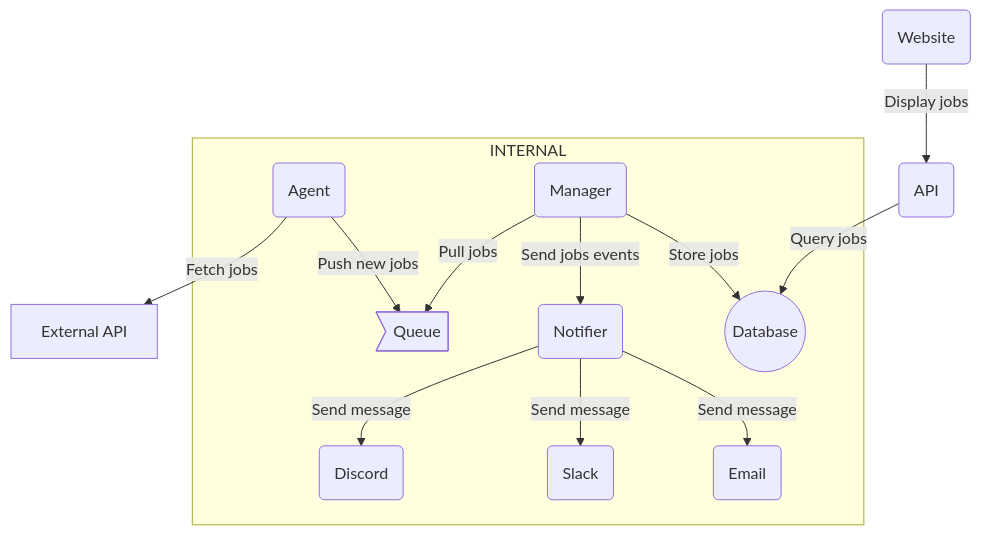
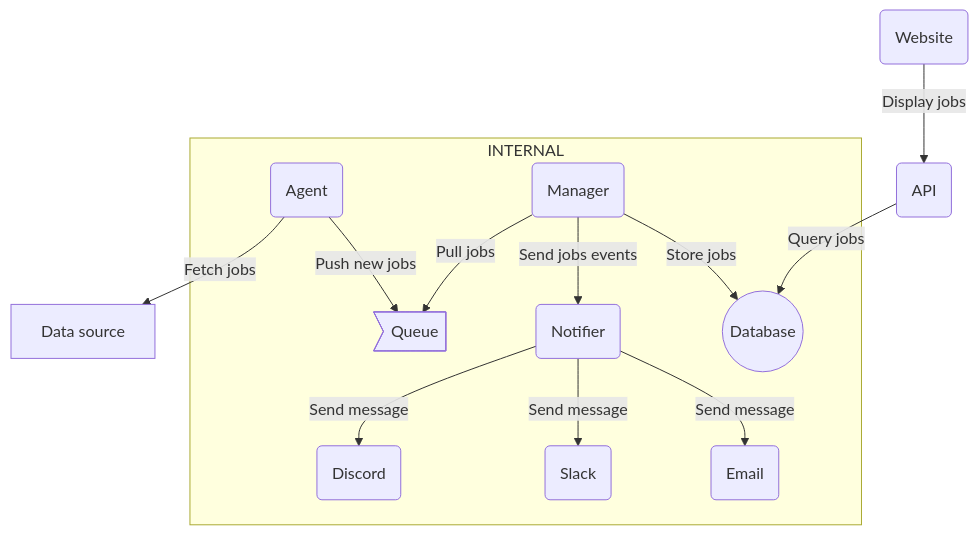
The diagram in Architecture.md (move2-it/general), drawn with Mermaid before and after one commit. The commit also changed other lines of this file, not shown here.

Commit message:
K-4 Add header

````diff
--- a/Architecture.md
+++ b/Architecture.md
@@ -1,15 +3,15 @@
 ```mermaid
   graph TB
-      A(Agent) -->|Fetch jobs| B[External API]
+      A(Agent) -->|Fetch jobs| B[Data source]
       subgraph INTERNAL
           A(Agent) -->|Push new jobs| C>Queue]
           D(Manager) -->|Pull jobs| C>Queue]
           D(Manager) -->|Send jobs events| F(Notification Service)
           D(Manager) -->|Store jobs| E((Database))
           F(Notifier) -->|Send message| G(Discord)
           F(Notifier) -->|Send message| H(Slack)
           F(Notifier) -->|Send message| I(Email)
       end
           J(API) -->|Query jobs| E((Database))
           K(Website) -->|Display jobs| J(API)
 ```
````
